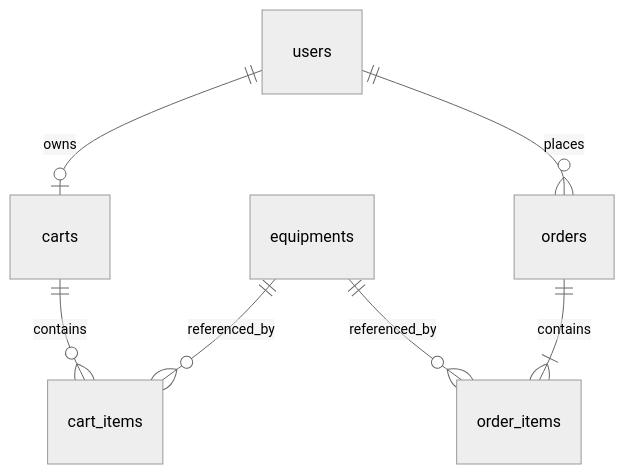
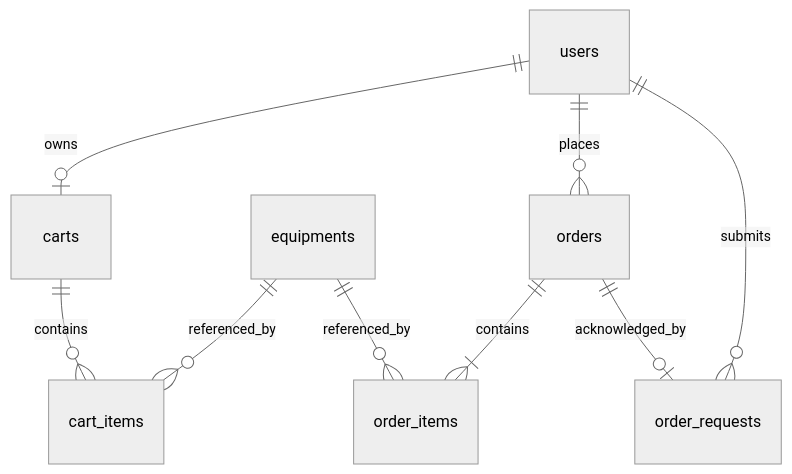
One commit to jyiwxinshao/vanguard-armory changed the diagram in docs/02-data-and-api.md. Above: the diagram before and after it, drawn with Mermaid (neutral theme). The commit also changed other lines of this file and 10 other files, not shown here.

````diff
--- a/docs/02-data-and-api.md
+++ b/docs/02-data-and-api.md
@@ -17,9 +17,11 @@
 ```mermaid
 erDiagram
     users ||--o| carts : owns
     carts ||--o{ cart_items : contains
     equipments ||--o{ cart_items : referenced_by
     users ||--o{ orders : places
     orders ||--|{ order_items : contains
     equipments ||--o{ order_items : referenced_by
+    users ||--o{ order_requests : submits
+    orders ||--o| order_requests : acknowledged_by
 ```
````
